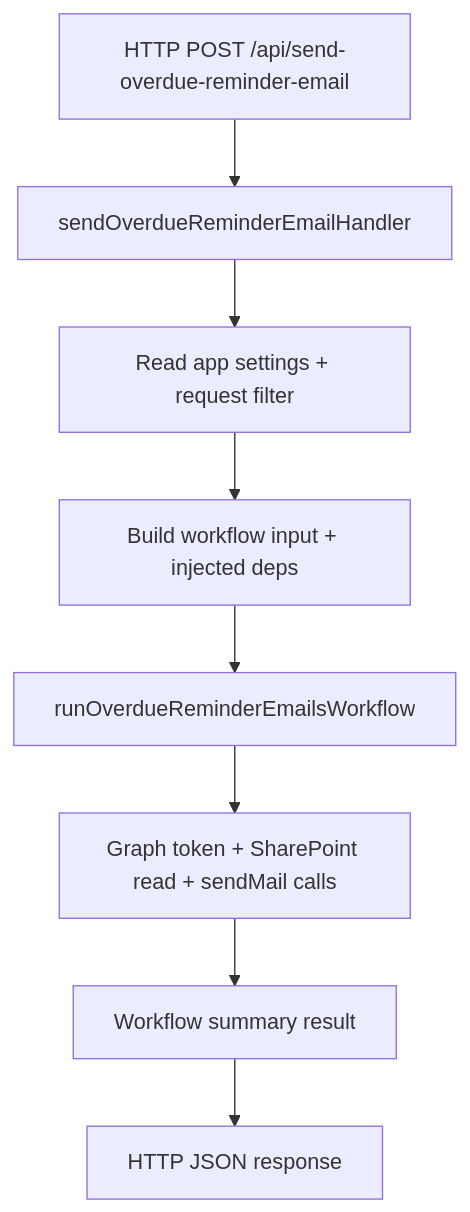
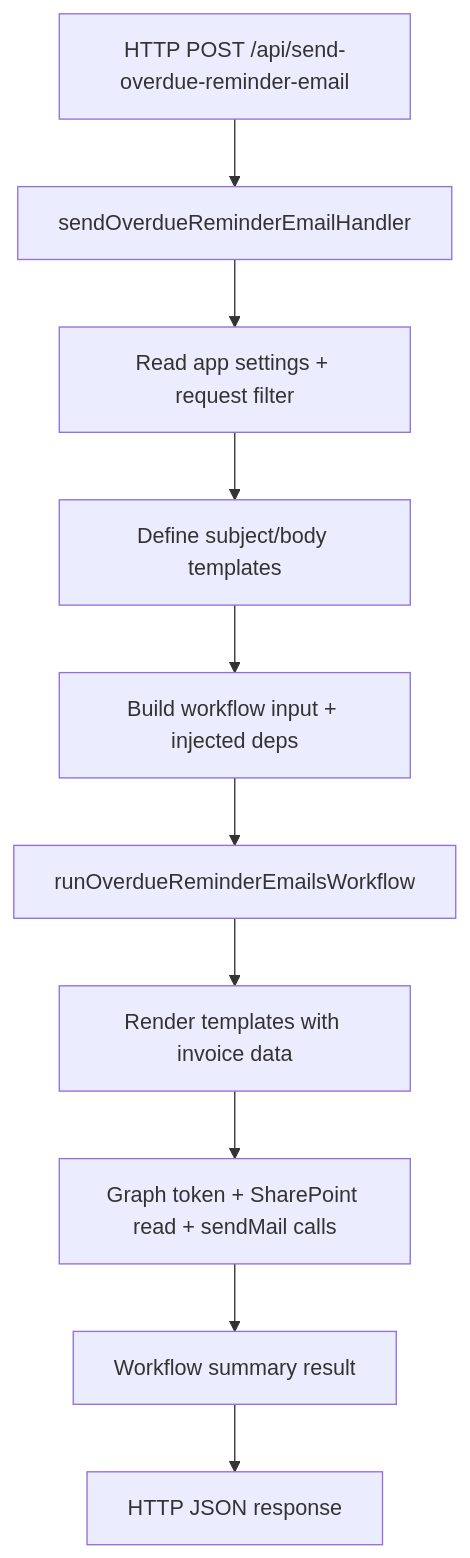
The diagram in invoice-tracker-functions/src/functions/sendOverdueReminderEmails/README.md (alexCikos/azFuncTemplate), drawn with Mermaid before and after one commit. The commit also changed other lines of this file and 8 other files, not shown here.

````diff
--- a/invoice-tracker-functions/src/functions/sendOverdueReminderEmails/README.md
+++ b/invoice-tracker-functions/src/functions/sendOverdueReminderEmails/README.md
@@ -35,10 +38,12 @@
 ```mermaid
 flowchart TD
   A["HTTP POST /api/send-overdue-reminder-email"] --> B["sendOverdueReminderEmailHandler"]
   B --> C["Read app settings + request filter"]
-  C --> D["Build workflow input + injected deps"]
-  D --> E["runOverdueReminderEmailsWorkflow"]
-  E --> F["Graph token + SharePoint read + sendMail calls"]
-  F --> G["Workflow summary result"]
-  G --> H["HTTP JSON response"]
+  C --> D["Define subject/body templates"]
+  D --> E["Build workflow input + injected deps"]
+  E --> F["runOverdueReminderEmailsWorkflow"]
+  F --> G["Render templates with invoice data"]
+  G --> H["Graph token + SharePoint read + sendMail calls"]
+  H --> I["Workflow summary result"]
+  I --> J["HTTP JSON response"]
 ```
````
